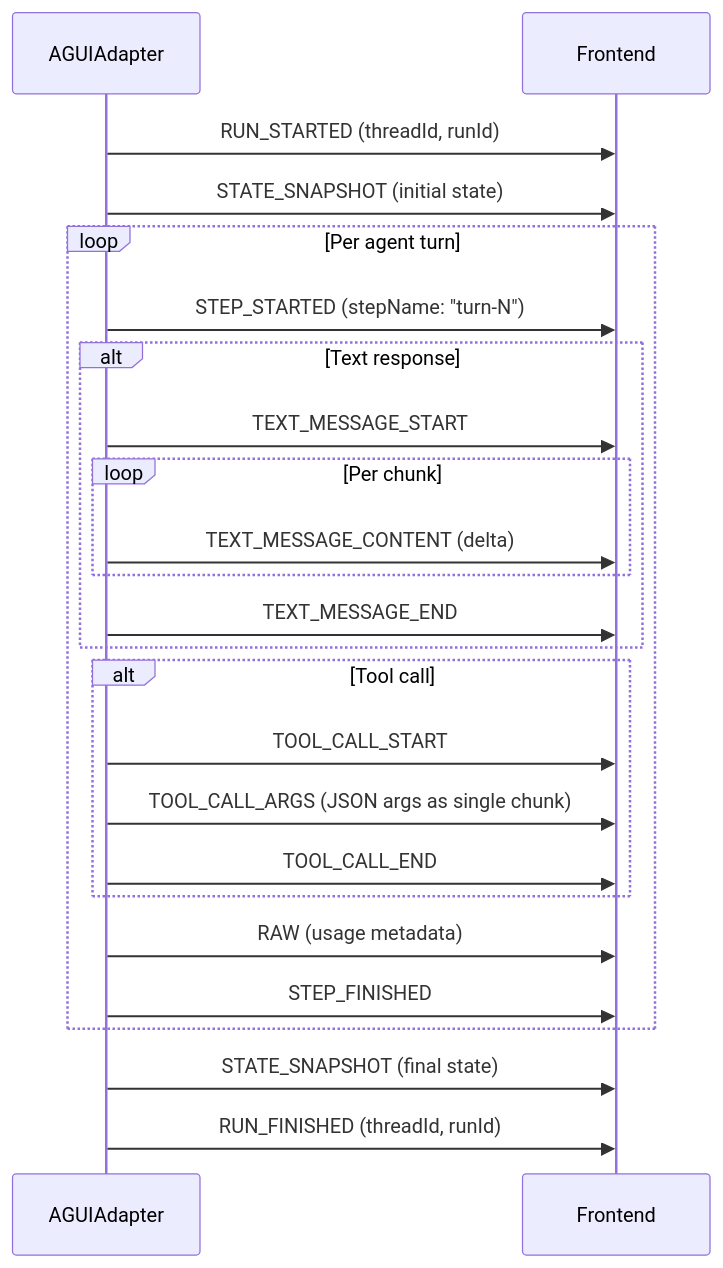
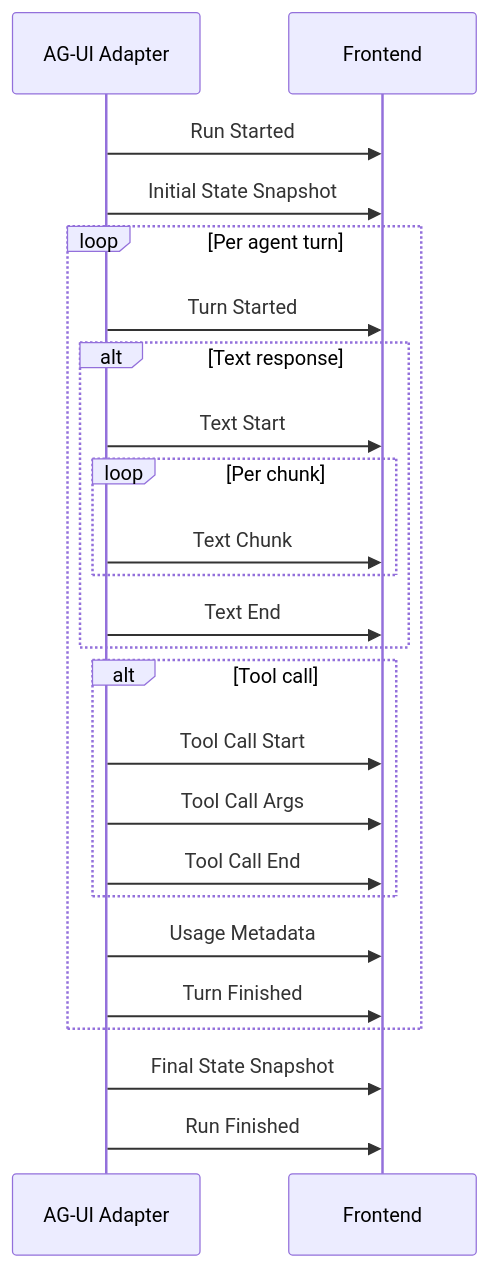
The second of 2 diagrams in packages/framework/docs/integrations/ag-ui.mdx (a7ul/vibes), drawn with Mermaid before and after one commit. The commit also changed other lines of this file and 26 other files, not shown here.

````diff
--- a/packages/framework/docs/integrations/ag-ui.mdx
+++ b/packages/framework/docs/integrations/ag-ui.mdx
@@ -135,32 +129,32 @@
 ```mermaid
 sequenceDiagram
-    participant A as AGUIAdapter
+    participant Adapter as AG-UI Adapter
     participant F as Frontend
 
-    A->>F: RUN_STARTED (threadId, runId)
-    A->>F: STATE_SNAPSHOT (initial state)
+    Adapter->>F: Run Started
+    Adapter->>F: Initial State Snapshot
 
     loop Per agent turn
-        A->>F: STEP_STARTED (stepName: "turn-N")
+        Adapter->>F: Turn Started
 
         alt Text response
-            A->>F: TEXT_MESSAGE_START
+            Adapter->>F: Text Start
             loop Per chunk
-                A->>F: TEXT_MESSAGE_CONTENT (delta)
+                Adapter->>F: Text Chunk
             end
-            A->>F: TEXT_MESSAGE_END
+            Adapter->>F: Text End
         end
 
         alt Tool call
-            A->>F: TOOL_CALL_START
-            A->>F: TOOL_CALL_ARGS (JSON args as single chunk)
-            A->>F: TOOL_CALL_END
+            Adapter->>F: Tool Call Start
+            Adapter->>F: Tool Call Args
+            Adapter->>F: Tool Call End
         end
 
-        A->>F: RAW (usage metadata)
-        A->>F: STEP_FINISHED
+        Adapter->>F: Usage Metadata
+        Adapter->>F: Turn Finished
     end
 
-    A->>F: STATE_SNAPSHOT (final state)
-    A->>F: RUN_FINISHED (threadId, runId)
+    Adapter->>F: Final State Snapshot
+    Adapter->>F: Run Finished
 ```
````
